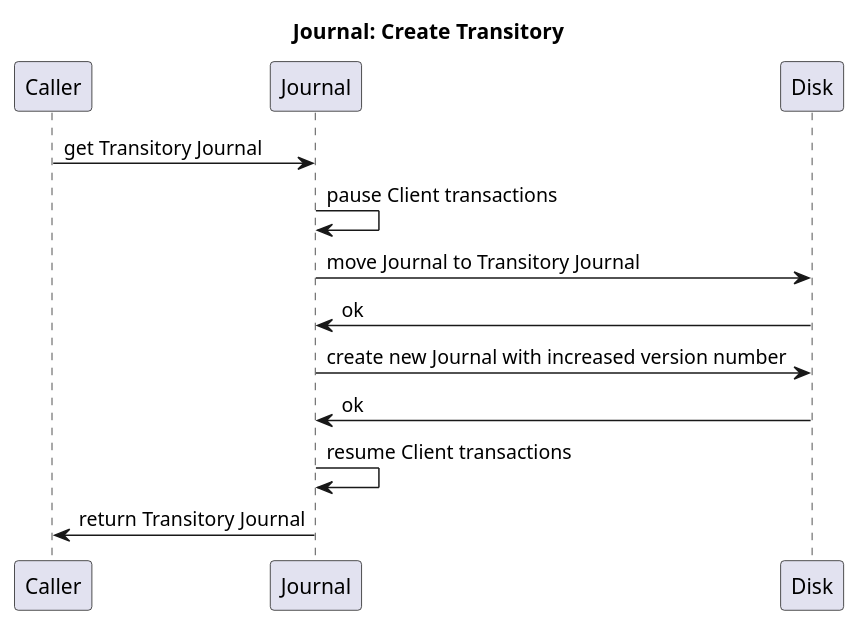
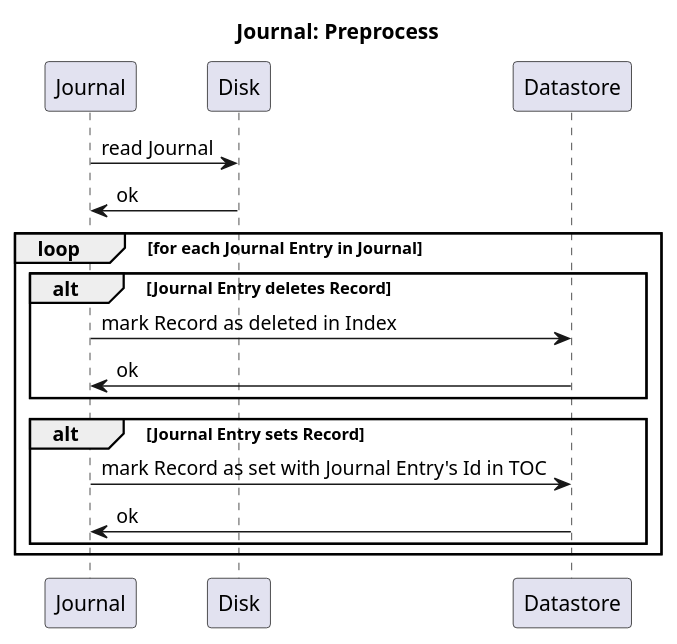
The first of 2 diagrams in design/sequence-diagrams/journal.wsd (nyanzebra/aciddb), drawn with PlantUML before and after one commit. The commit also changed other lines of this file and 4 other files, not shown here.

First line of the commit message:
Refine sequences and add class models

```diff
--- a/design/sequence-diagrams/journal.wsd
+++ b/design/sequence-diagrams/journal.wsd
@@ -4,12 +6,17 @@
 @startuml
-Title: Journal: Create Transitory
+Title: Journal: Preprocess
 
-Caller -> Journal: get Transitory Journal
-Journal -> Journal: pause Client transactions
-Journal -> Disk: move Journal to Transitory Journal
+Journal -> Disk: read Journal
 Disk -> Journal: ok
-Journal -> Disk: create new Journal with increased version number
-Disk -> Journal: ok
-Journal -> Journal: resume Client transactions
-Journal -> Caller: return Transitory Journal
+'TODO: This section needs some work as the concept of a TOC is no longer relevant
+loop for each Journal Entry in Journal
+	alt Journal Entry deletes Record
+		Journal -> Datastore: mark Record as deleted in Index
+		Datastore -> Journal: ok
+	end
+	alt Journal Entry sets Record
+		Journal -> Datastore: mark Record as set with Journal Entry's Id in TOC
+		Datastore -> Journal: ok
+	end
+end
 @enduml
```
